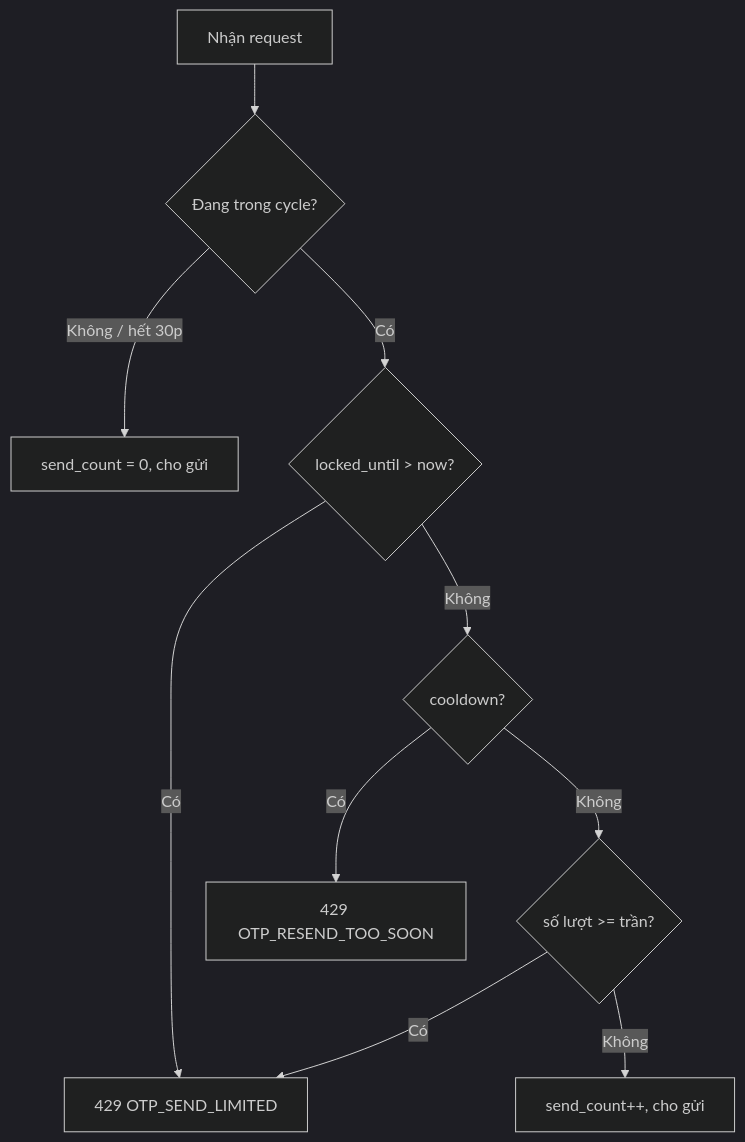
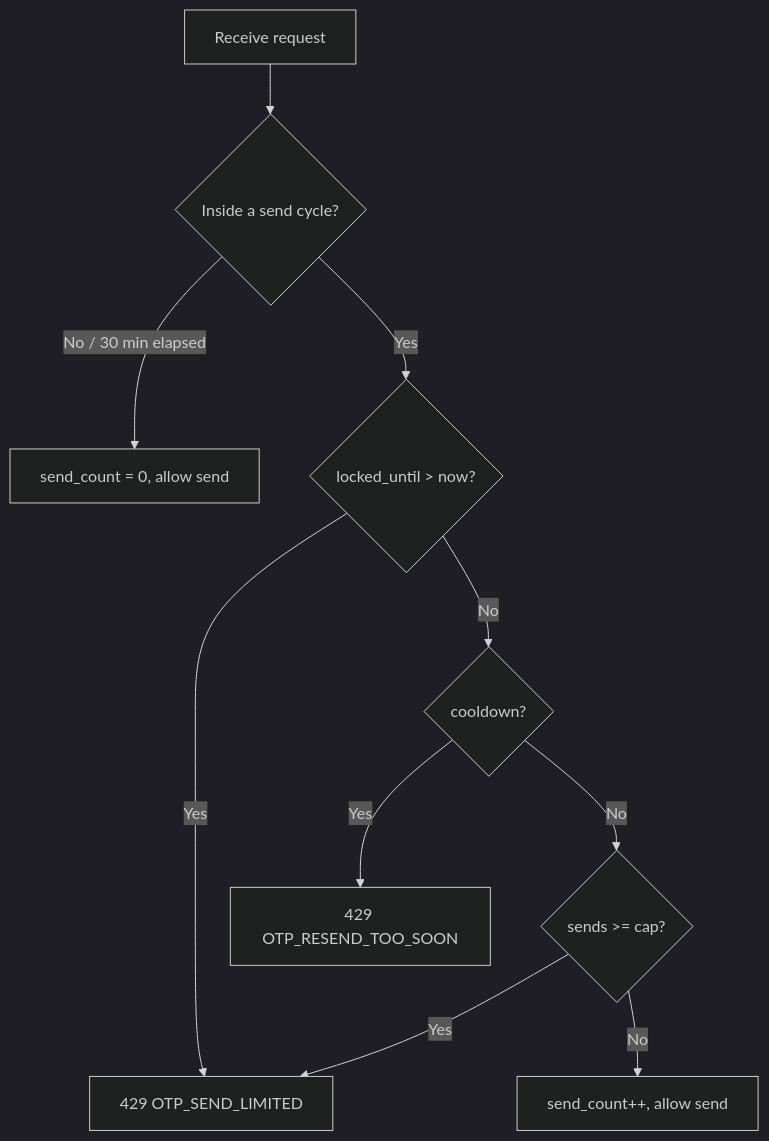
The fifth of 6 diagrams in .claude/skills/spec-writer/references/flow_diagram.md (chjpcojit/innerlamp-be), drawn with Mermaid (dark theme) before and after one commit. The commit also changed other lines of this file and 7 other files, not shown here.

````diff
--- a/.claude/skills/spec-writer/references/flow_diagram.md
+++ b/.claude/skills/spec-writer/references/flow_diagram.md
@@ -121,12 +125,12 @@
 ```mermaid
 flowchart TB
-    A[Nhận request] --> B{Đang trong cycle?}
-    B -- Không / hết 30p --> C[send_count = 0, cho gửi]
-    B -- Có --> D{locked_until > now?}
-    D -- Có --> E[429 OTP_SEND_LIMITED]
-    D -- Không --> F{cooldown?}
-    F -- Có --> G[429 OTP_RESEND_TOO_SOON]
-    F -- Không --> H{số lượt >= trần?}
-    H -- Có --> E
-    H -- Không --> I[send_count++, cho gửi]
+    A[Receive request] --> B{Inside a send cycle?}
+    B -- No / 30 min elapsed --> C[send_count = 0, allow send]
+    B -- Yes --> D{locked_until > now?}
+    D -- Yes --> E[429 OTP_SEND_LIMITED]
+    D -- No --> F{cooldown?}
+    F -- Yes --> G[429 OTP_RESEND_TOO_SOON]
+    F -- No --> H{sends >= cap?}
+    H -- Yes --> E
+    H -- No --> I[send_count++, allow send]
 ```
````
